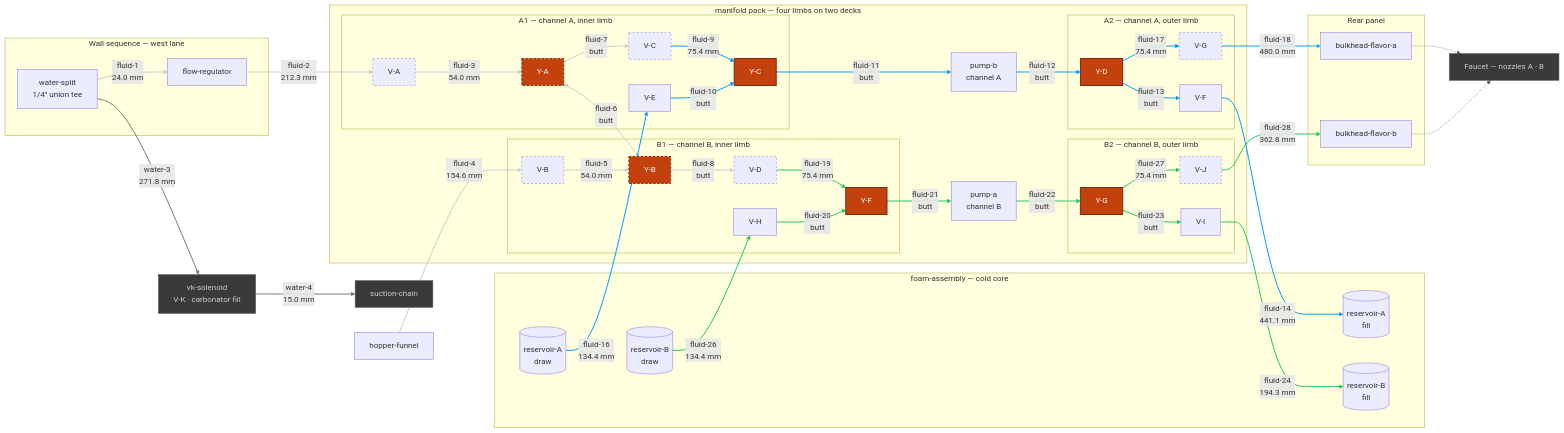
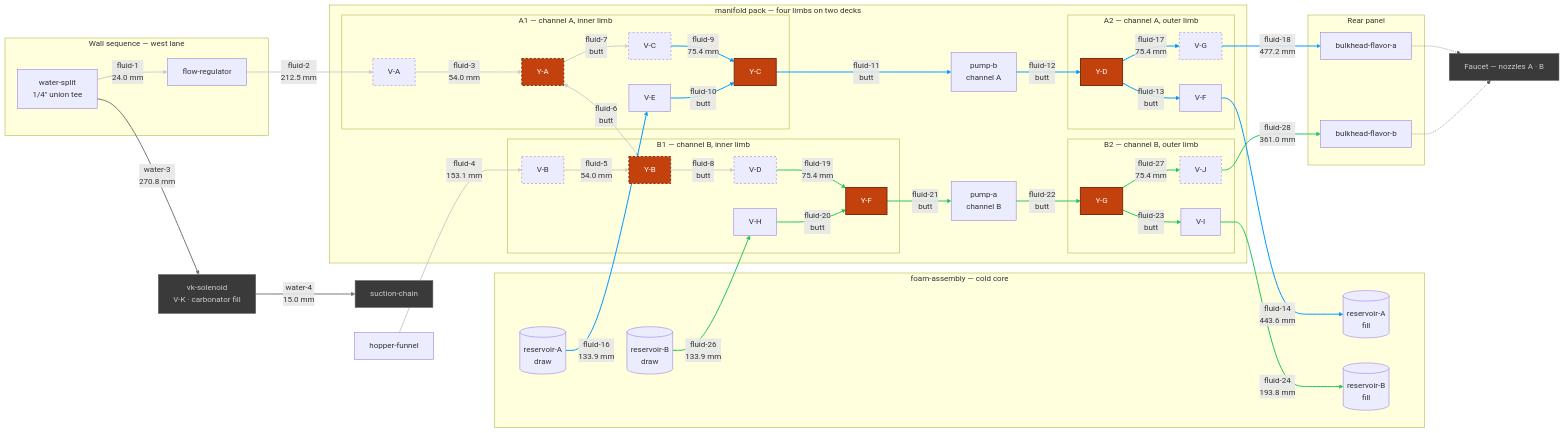
Before and after one commit to derekbreden/homesodamachine: the diagram in hardware/topology/fluid-topology-manifold.mmd, drawn with Mermaid. The commit also changed 2 other files, not shown here.

Commit message:
fluid-topology: the charts carry the lengths the machine measures, and `mate` is named for a loop that also draws copper
Thirteen edge labels and the manifold chart's two totals were reading geometry
that has since settled. The driver's own vocabulary note claimed the refrigerant
loop is built by mating; the loop makes a leg that way or on a brazed length of
copper, and only the second half of that sentence — these charts draw fluid — was
still the whole truth.

```diff
--- a/hardware/topology/fluid-topology-manifold.mmd
+++ b/hardware/topology/fluid-topology-manifold.mmd
@@ -14,8 +14,8 @@
   %% [26](SEGMENT_COUNT) flavor segments. [11](BUTT_COUNT) are collet butted to collet and carry
   %% no tube at all; [9](DRAWN_COUNT) are swept runs between placed bodies; the rest are the
   %% hinge's four hairpins and the source pair's two quarter-and-step turns. What is cut comes to
-  %% [2547.4 mm](FLUID_TOTAL) of 1/4" LLDPE over [39](FLUID_BENDS) corners, and the longest is
-  %% [fluid-18](LONGEST_ID) at [480.0 mm](LONGEST_LEN). [0](OPEN_COUNT) are mouths with nothing
+  %% [2542.6 mm](FLUID_TOTAL) of 1/4" LLDPE over [39](FLUID_BENDS) corners, and the longest is
+  %% [fluid-18](LONGEST_ID) at [477.2 mm](LONGEST_LEN). [0](OPEN_COUNT) are mouths with nothing
   %% on the far end of them: EVERY FLAVOR SEGMENT IN THIS CHART IS MADE. The hopper's gravity
   %% drain is drawn like the rest — the funnel is seated in the box rather than placed in the
   %% pack, so `fluid-4` is authored after the box exists, off the same frames.
@@ -115,9 +115,9 @@
   %% V-B come off the folded deck's plane on a quarter turn of R14, then step 28 mm further along
   %% the run and 14 mm across it, toward the cold core's crown.
   Split -->|"fluid-1<br/>24.0 mm"| FlowReg
-  FlowReg -->|"fluid-2<br/>212.3 mm"| VA
+  FlowReg -->|"fluid-2<br/>212.5 mm"| VA
   VA -->|"fluid-3<br/>54.0 mm"| YA
-  Hopper -->|"fluid-4<br/>154.6 mm"| VB
+  Hopper -->|"fluid-4<br/>153.1 mm"| VB
   VB -->|"fluid-5<br/>54.0 mm"| YB
   YA <-->|"fluid-6<br/>butt"| YB
   YA -->|"fluid-7<br/>butt"| VC
@@ -135,10 +135,10 @@
   YC -->|"fluid-11<br/>butt"| PB
   PB -->|"fluid-12<br/>butt"| YD
   YD -->|"fluid-13<br/>butt"| VF
-  VF -->|"fluid-14<br/>441.1 mm"| ResAFill
-  ResA -->|"fluid-16<br/>134.4 mm"| VE
+  VF -->|"fluid-14<br/>443.6 mm"| ResAFill
+  ResA -->|"fluid-16<br/>133.9 mm"| VE
   YD -->|"fluid-17<br/>75.4 mm"| VG
-  VG -->|"fluid-18<br/>480.0 mm"| BhA
+  VG -->|"fluid-18<br/>477.2 mm"| BhA
 
   %% =========================
   %% Channel B — fluid-19 … fluid-28
@@ -151,10 +151,10 @@
   YF -->|"fluid-21<br/>butt"| PA
   PA -->|"fluid-22<br/>butt"| YG
   YG -->|"fluid-23<br/>butt"| VI
-  VI -->|"fluid-24<br/>194.3 mm"| ResBFill
-  ResB -->|"fluid-26<br/>134.4 mm"| VH
+  VI -->|"fluid-24<br/>193.8 mm"| ResBFill
+  ResB -->|"fluid-26<br/>133.9 mm"| VH
   YG -->|"fluid-27<br/>75.4 mm"| VJ
-  VJ -->|"fluid-28<br/>362.8 mm"| BhB
+  VJ -->|"fluid-28<br/>361.0 mm"| BhB
 
   %% =========================
   %% V-K's own two runs — the carbonator circuit, through this bay
@@ -162,7 +162,7 @@
   %% V-K gates the carbonator fill off the same split fluid-1 leaves. It stands on the cold core's
   %% crown, east of the SeaFlo, and water-3 is the one run in the front half that crosses the whole
   %% machine — the split is in the west lane, V-K is on the east, and its inlet faces forward.
-  Split -->|"water-3<br/>271.8 mm"| VK
+  Split -->|"water-3<br/>270.8 mm"| VK
   VK -->|"water-4<br/>15.0 mm"| SuctChain
 
   %% =========================
```
